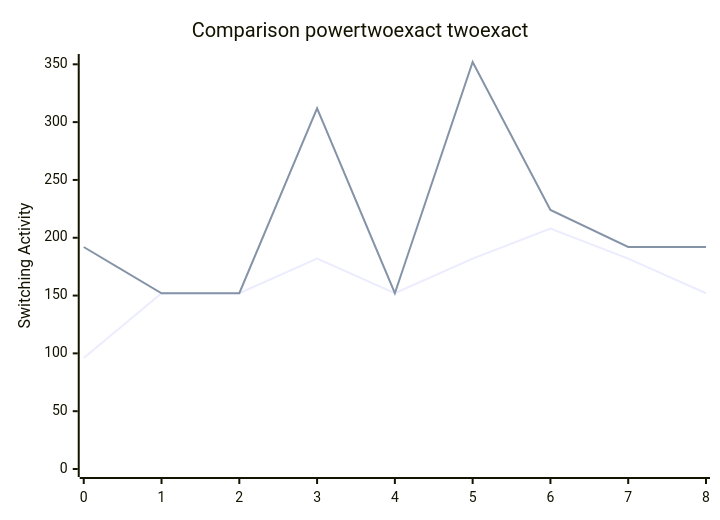
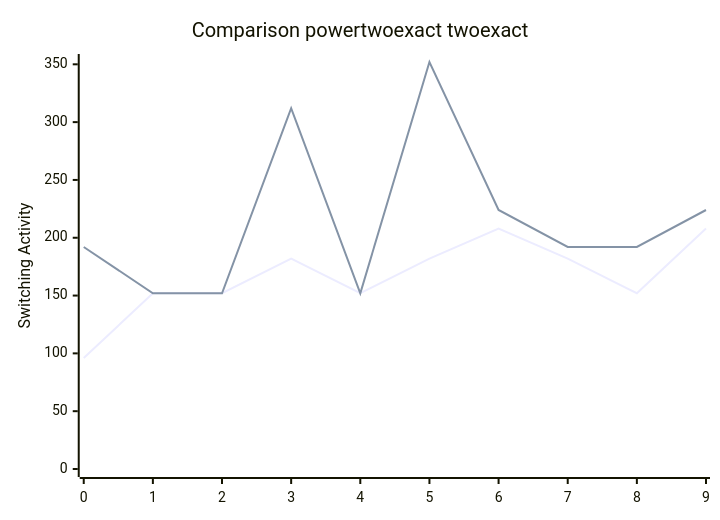
Before and after one commit to FeldmeierMichael/Exact-Power-Synthesis: the diagram in benchmark.md, drawn with Mermaid. The commit also changed other lines of this file and 2 other files, not shown here.

````diff
--- a/benchmark.md
+++ b/benchmark.md
@@ -29,8 +31,8 @@
 ```mermaid
 xychart-beta
     title "Comparison powertwoexact twoexact"
-    x-axis [0, 1, 2, 3, 4, 5, 6, 7, 8]
+    x-axis [0, 1, 2, 3, 4, 5, 6, 7, 8, 9]
     y-axis "Switching Activity" 0-->352
-    line [96, 152, 152, 182, 152, 182, 208, 182, 152]
-    line [192, 152, 152, 312, 152, 352, 224, 192, 192]
+    line [96, 152, 152, 182, 152, 182, 208, 182, 152, 208]
+    line [192, 152, 152, 312, 152, 352, 224, 192, 192, 224]
 ```
````
